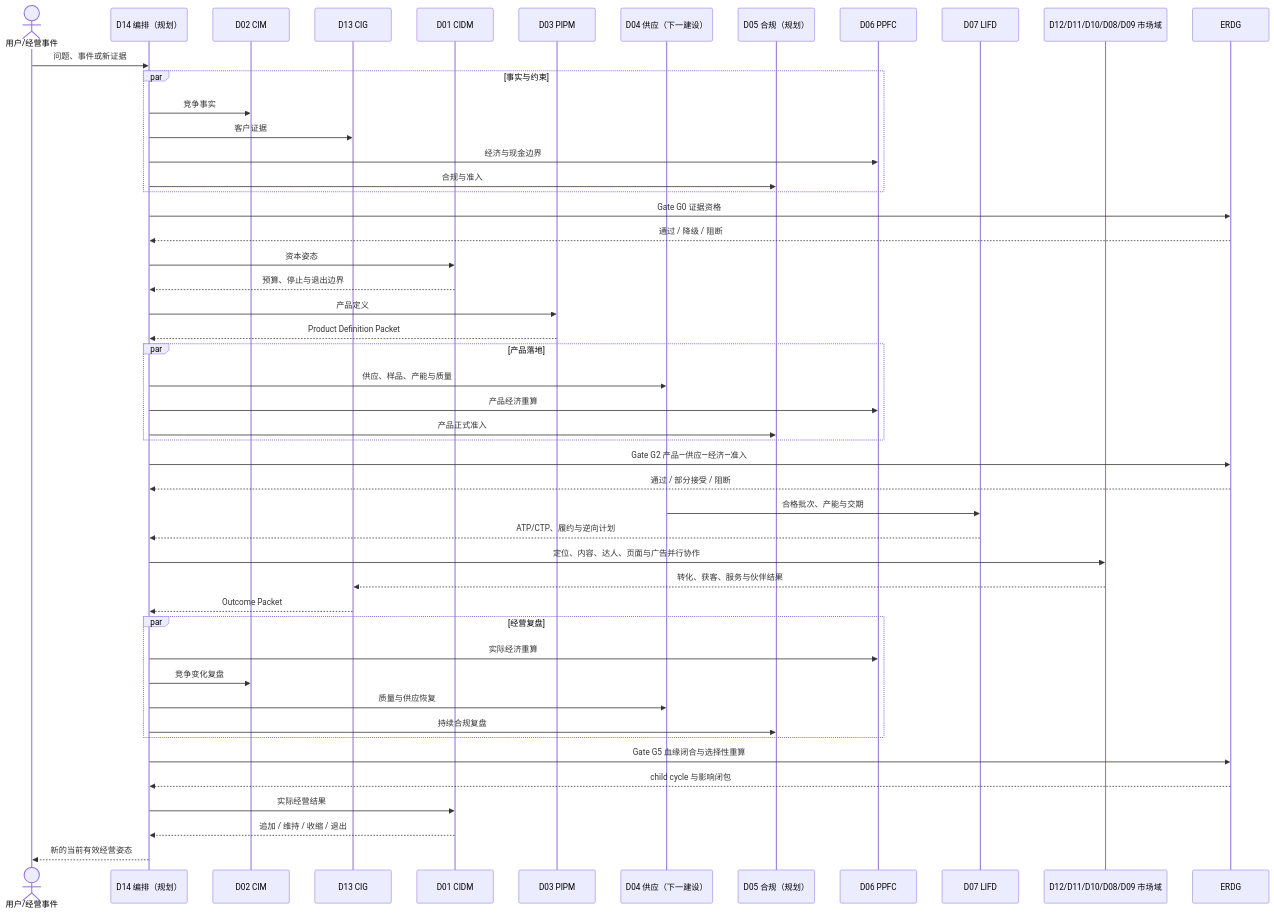
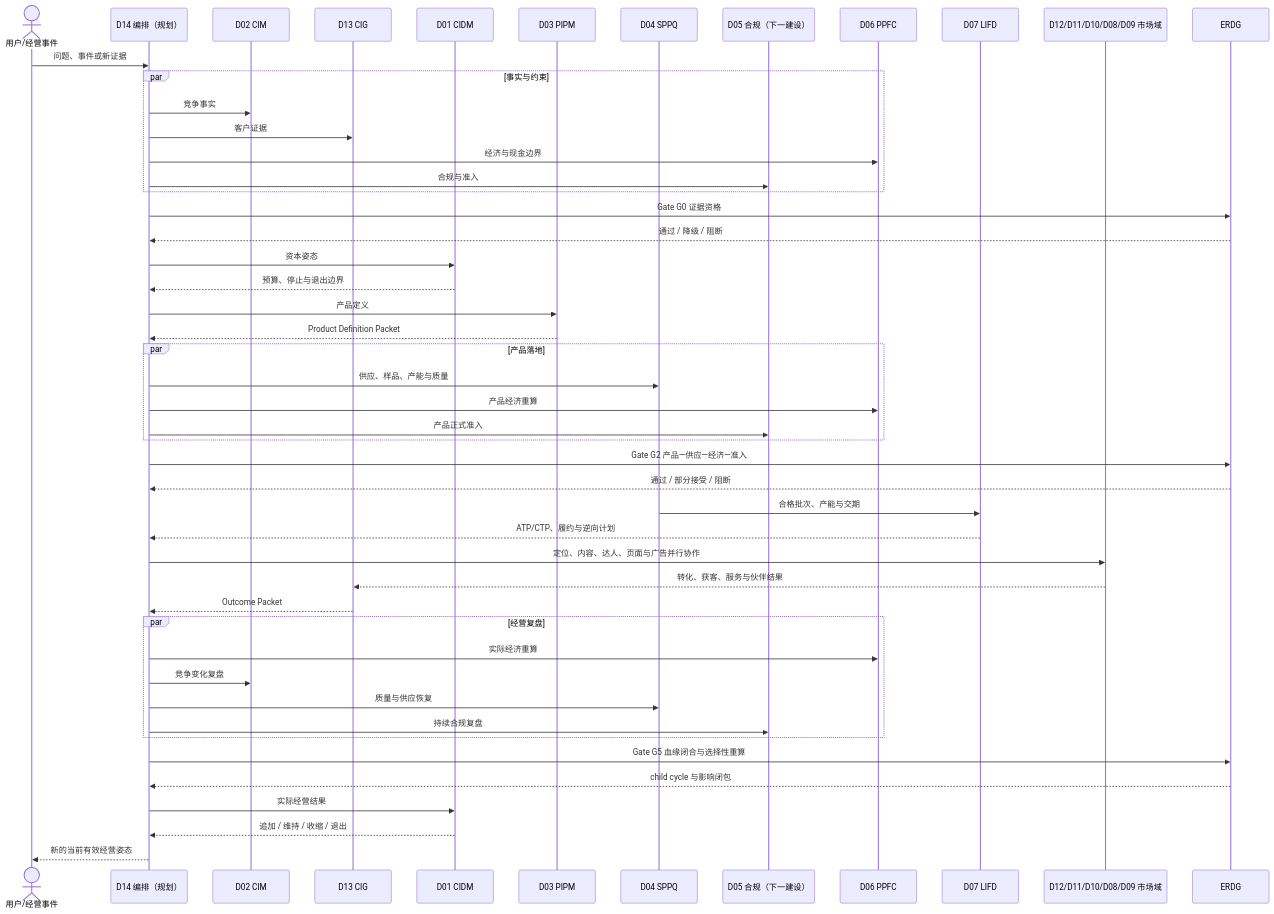
One commit to saye-chen/CrossBorder-Decision-Lab changed the second of 2 diagrams in README.md. Above: the diagram before and after it, drawn with Mermaid. The commit also changed other lines of this file and 58 other files, not shown here.

````diff
--- a/README.md
+++ b/README.md
@@ -112,51 +112,51 @@
 ```mermaid
 sequenceDiagram
     actor U as 用户/经营事件
     participant D14 as D14 编排（规划）
     participant D02 as D02 CIM
     participant D13 as D13 CIG
     participant D01 as D01 CIDM
     participant D03 as D03 PIPM
-    participant D04 as D04 供应（下一建设）
-    participant D05 as D05 合规（规划）
+    participant D04 as D04 SPPQ
+    participant D05 as D05 合规（下一建设）
     participant D06 as D06 PPFC
     participant D07 as D07 LIFD
     participant M as D12/D11/D10/D08/D09 市场域
     participant E as ERDG
     U->>D14: 问题、事件或新证据
     par 事实与约束
       D14->>D02: 竞争事实
       D14->>D13: 客户证据
       D14->>D06: 经济与现金边界
       D14->>D05: 合规与准入
     end
     D14->>E: Gate G0 证据资格
     E-->>D14: 通过 / 降级 / 阻断
     D14->>D01: 资本姿态
     D01-->>D14: 预算、停止与退出边界
     D14->>D03: 产品定义
     D03-->>D14: Product Definition Packet
     par 产品落地
       D14->>D04: 供应、样品、产能与质量
       D14->>D06: 产品经济重算
       D14->>D05: 产品正式准入
     end
     D14->>E: Gate G2 产品—供应—经济—准入
     E-->>D14: 通过 / 部分接受 / 阻断
     D04->>D07: 合格批次、产能与交期
     D07-->>D14: ATP/CTP、履约与逆向计划
     D14->>M: 定位、内容、达人、页面与广告并行协作
     M-->>D13: 转化、获客、服务与伙伴结果
     D13-->>D14: Outcome Packet
     par 经营复盘
       D14->>D06: 实际经济重算
       D14->>D02: 竞争变化复盘
       D14->>D04: 质量与供应恢复
       D14->>D05: 持续合规复盘
     end
     D14->>E: Gate G5 血缘闭合与选择性重算
     E-->>D14: child cycle 与影响闭包
     D14->>D01: 实际经营结果
     D01-->>D14: 追加 / 维持 / 收缩 / 退出
     D14-->>U: 新的当前有效经营姿态
 ```
````
